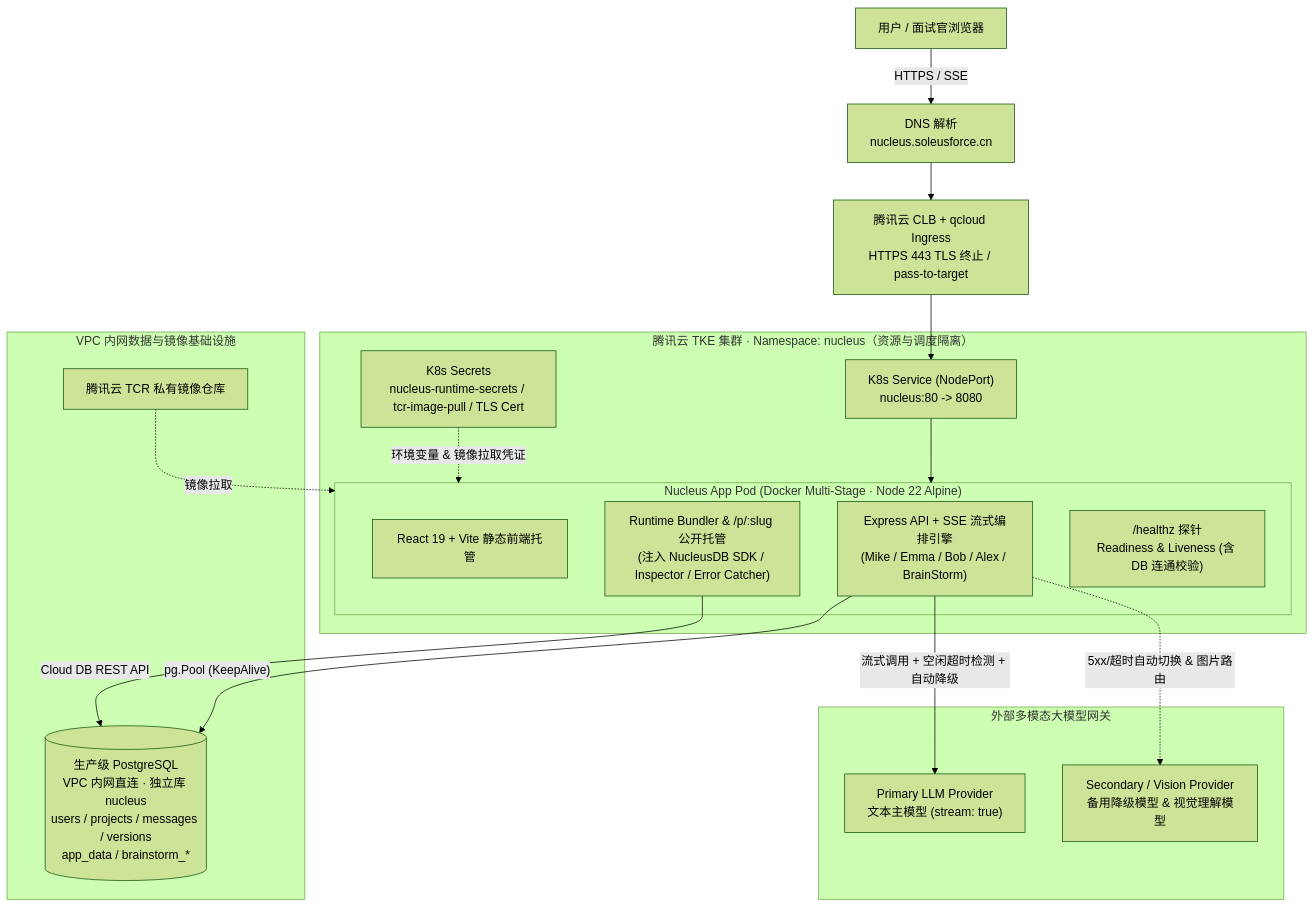
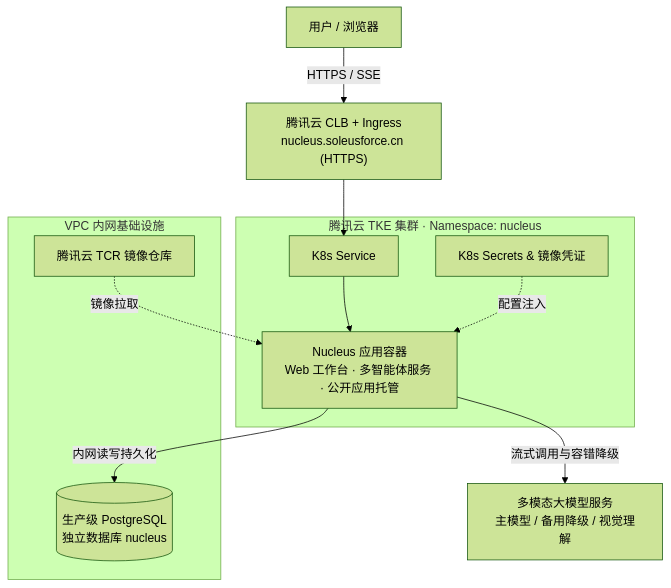
Before and after one commit to wuweiliang1/nucleus_prototype: the diagram in docs/SUBMISSION.md, drawn with Mermaid (forest theme). The commit also changed other lines of this file, not shown here.

Commit message:
docs: simplify deployment architecture diagram and fix node connections

````diff
--- a/docs/SUBMISSION.md
+++ b/docs/SUBMISSION.md
@@ -32,35 +32,26 @@
 ```mermaid
 flowchart TB
-    User["用户 / 面试官浏览器"]
-    DNS["DNS 解析<br/>nucleus.soleusforce.cn"]
-    CLB["腾讯云 CLB + qcloud Ingress<br/>HTTPS 443 TLS 终止 / pass-to-target"]
+    User["用户 / 浏览器"]
+    Edge["腾讯云 CLB + Ingress<br/>nucleus.soleusforce.cn (HTTPS)"]
 
-    subgraph TKE["腾讯云 TKE 集群 · Namespace: nucleus（资源与调度隔离）"]
-        SVC["K8s Service (NodePort)<br/>nucleus:80 -> 8080"]
-        subgraph POD["Nucleus App Pod (Docker Multi-Stage · Node 22 Alpine)"]
-            WEB["React 19 + Vite 静态前端托管"]
-            API["Express API + SSE 流式编排引擎<br/>(Mike / Emma / Bob / Alex / BrainStorm)"]
-            BUNDLER["Runtime Bundler & /p/:slug 公开托管<br/>(注入 NucleusDB SDK / Inspector / Error Catcher)"]
-            PROBE["/healthz 探针<br/>Readiness & Liveness (含 DB 连通校验)"]
-        end
-        SEC["K8s Secrets<br/>nucleus-runtime-secrets / tcr-image-pull / TLS Cert"]
+    subgraph TKE["腾讯云 TKE 集群 · Namespace: nucleus"]
+        SVC["K8s Service"]
+        APP["Nucleus 应用容器<br/>Web 工作台 · 多智能体服务 · 公开应用托管"]
+        CFG["K8s Secrets & 镜像凭证"]
     end
 
-    subgraph DATA["VPC 内网数据与镜像基础设施"]
-        PG[("生产级 PostgreSQL<br/>VPC 内网直连 · 独立库 nucleus<br/>users / projects / messages / versions<br/>app_data / brainstorm_*")]
-        TCR["腾讯云 TCR 私有镜像仓库"]
+    subgraph VPC["VPC 内网基础设施"]
+        PG[("生产级 PostgreSQL<br/>独立数据库 nucleus")]
+        TCR["腾讯云 TCR 镜像仓库"]
     end
 
-    subgraph LLM["外部多模态大模型网关"]
-        PRIMARY["Primary LLM Provider<br/>文本主模型 (stream: true)"]
-        FALLBACK["Secondary / Vision Provider<br/>备用降级模型 & 视觉理解模型"]
-    end
+    LLM["多模态大模型服务<br/>主模型 / 备用降级 / 视觉理解"]
 
-    User -->|"HTTPS / SSE"| DNS --> CLB --> SVC --> POD
-    SEC -.->|"环境变量 & 镜像拉取凭证"| POD
-    TCR -.->|"镜像拉取"| POD
-    API -->|"pg.Pool (KeepAlive)"| PG
-    BUNDLER -->|"Cloud DB REST API"| PG
-    API -->|"流式调用 + 空闲超时检测 + 自动降级"| PRIMARY
-    API -.->|"5xx/超时自动切换 & 图片路由"| FALLBACK
+    User -->|"HTTPS / SSE"| Edge
+    Edge --> SVC
+    SVC --> APP
+    CFG -.->|"配置注入"| APP
+    TCR -.->|"镜像拉取"| APP
+    APP -->|"内网读写持久化"| PG
+    APP -->|"流式调用与容错降级"| LLM
 ```
````
